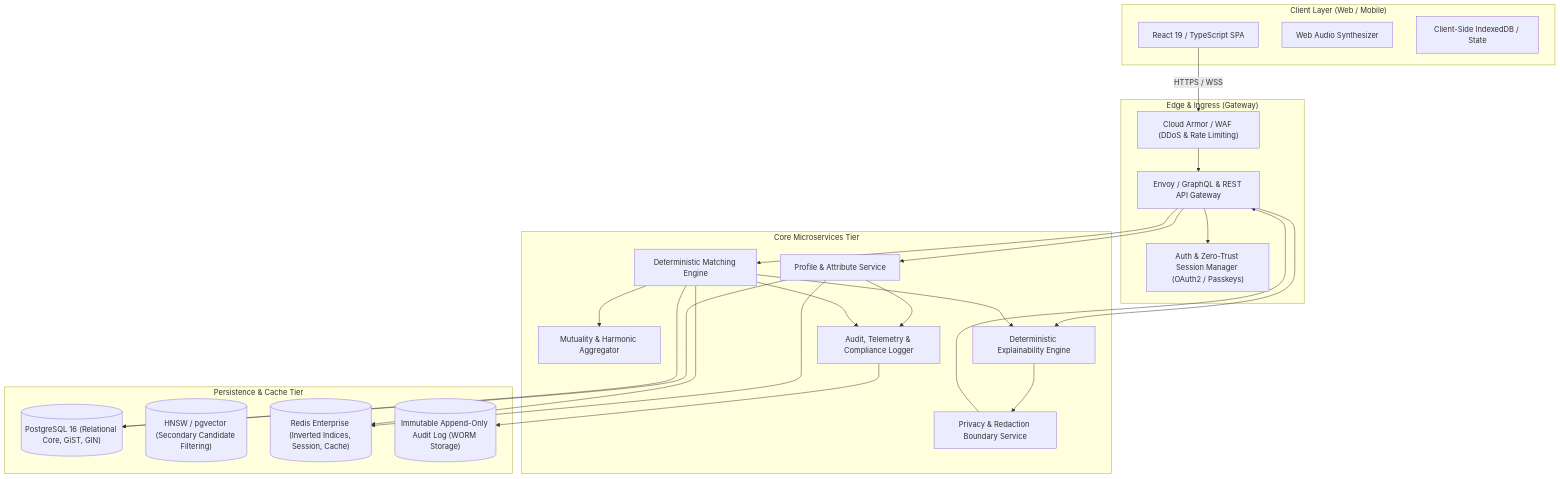
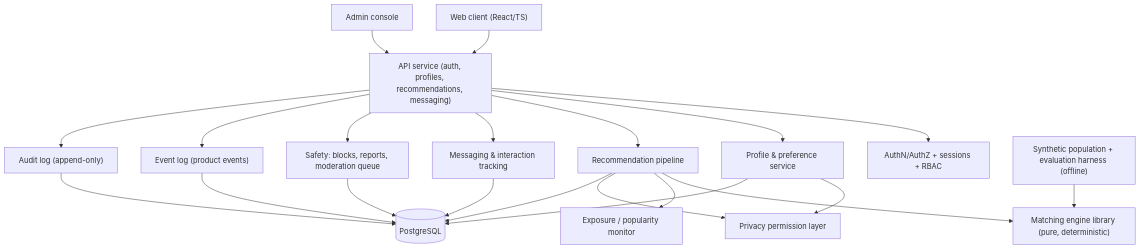
Before and after one commit to aigroupchathq/velum-labs: the diagram in SYSTEM_ARCHITECTURE.md, drawn with Mermaid. The commit also changed other lines of this file and 9 other files, not shown here.

Commit message:
docs(phase0): revise Section 41 docs to v0.2; remove fabricated results; add architecture review and changelog

````diff
--- a/SYSTEM_ARCHITECTURE.md
+++ b/SYSTEM_ARCHITECTURE.md
@@ -23,52 +16,23 @@
 ```mermaid
 flowchart TD
-    subgraph ClientLayer ["Client Layer (Web / Mobile)"]
-        UI["React 19 / TypeScript SPA"]
-        Audio["Web Audio Synthesizer"]
-        Cache["Client-Side IndexedDB / State"]
-    end
-
-    subgraph EdgeLayer ["Edge & Ingress (Gateway)"]
-        WAF["Cloud Armor / WAF (DDoS & Rate Limiting)"]
-        Gateway["Envoy / GraphQL & REST API Gateway"]
-        AuthService["Auth & Zero-Trust Session Manager (OAuth2 / Passkeys)"]
-    end
-
-    subgraph ServiceMesh ["Core Microservices Tier"]
-        ProfileSvc["Profile & Attribute Service"]
-        MatchingSvc["Deterministic Matching Engine"]
-        MutualitySvc["Mutuality & Harmonic Aggregator"]
-        ExplainSvc["Deterministic Explainability Engine"]
-        PrivacySvc["Privacy & Redaction Boundary Service"]
-        AuditSvc["Audit, Telemetry & Compliance Logger"]
-    end
-
-    subgraph StorageLayer ["Persistence & Cache Tier"]
-        PrimaryDB[("PostgreSQL 16 (Relational Core, GiST, GIN)")]
-        VectorStore[("HNSW / pgvector (Secondary Candidate Filtering)")]
-        RedisCluster[("Redis Enterprise (Inverted Indices, Session, Cache)")]
-        AuditStore[("Immutable Append-Only Audit Log (WORM Storage)")]
-    end
-
-    UI -->|HTTPS / WSS| WAF
-    WAF --> Gateway
-    Gateway --> AuthService
-    Gateway --> ProfileSvc
-    Gateway --> MatchingSvc
-    Gateway --> ExplainSvc
-
-    ProfileSvc --> PrimaryDB
-    ProfileSvc --> RedisCluster
-    
-    MatchingSvc --> RedisCluster
-    MatchingSvc --> PrimaryDB
-    MatchingSvc --> MutualitySvc
-    MatchingSvc --> ExplainSvc
-
-    ExplainSvc --> PrivacySvc
-    PrivacySvc --> Gateway
-
-    ProfileSvc --> AuditSvc
-    MatchingSvc --> AuditSvc
-    AuditSvc --> AuditStore
+    Client["Web client (React/TS)"] --> API["API service (auth, profiles, recommendations, messaging)"]
+    API --> Auth["AuthN/AuthZ + sessions + RBAC"]
+    API --> Profile["Profile & preference service"]
+    API --> Rec["Recommendation pipeline"]
+    API --> Msg["Messaging & interaction tracking"]
+    API --> Safety["Safety: blocks, reports, moderation queue"]
+    Rec --> Engine["Matching engine library (pure, deterministic)"]
+    Rec --> Pop["Exposure / popularity monitor"]
+    Profile --> Privacy["Privacy permission layer"]
+    Rec --> Privacy
+    Profile --> DB[("PostgreSQL")]
+    Rec --> DB
+    Msg --> DB
+    Safety --> DB
+    API --> Events["Event log (product events)"]
+    Events --> DB
+    Admin["Admin console"] --> API
+    API --> Audit["Audit log (append-only)"]
+    Audit --> DB
+    Sim["Synthetic population + evaluation harness (offline)"] --> Engine
 ```
````
